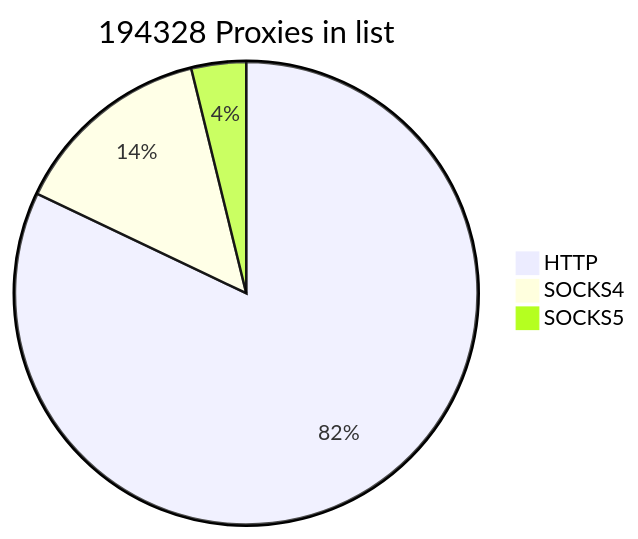
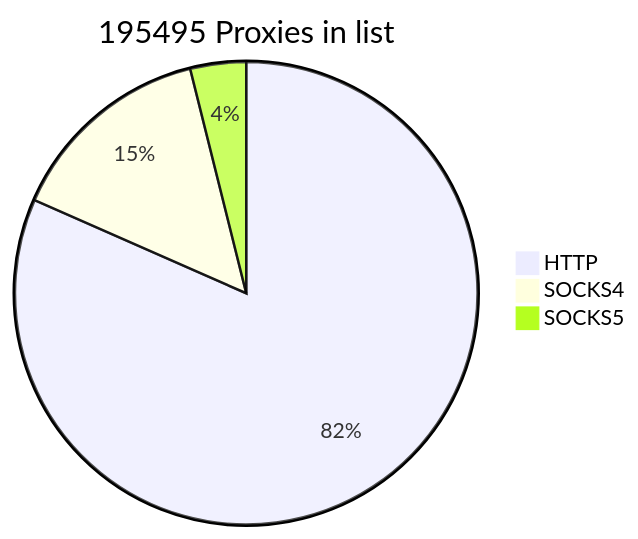
The first of 2 diagrams in README.md (cutipu/proxylist), drawn with Mermaid before and after one commit. The commit also changed other lines of this file, not shown here.

````diff
--- a/README.md
+++ b/README.md
@@ -2,7 +2,7 @@
 ```mermaid
-pie title 194328 Proxies in list
-    "HTTP" : 159480
-    "SOCKS4" : 27420
-    "SOCKS5" : 7428
+pie title 195495 Proxies in list
+    "HTTP" : 159513
+    "SOCKS4" : 28364
+    "SOCKS5" : 7618
             
 ```
````
